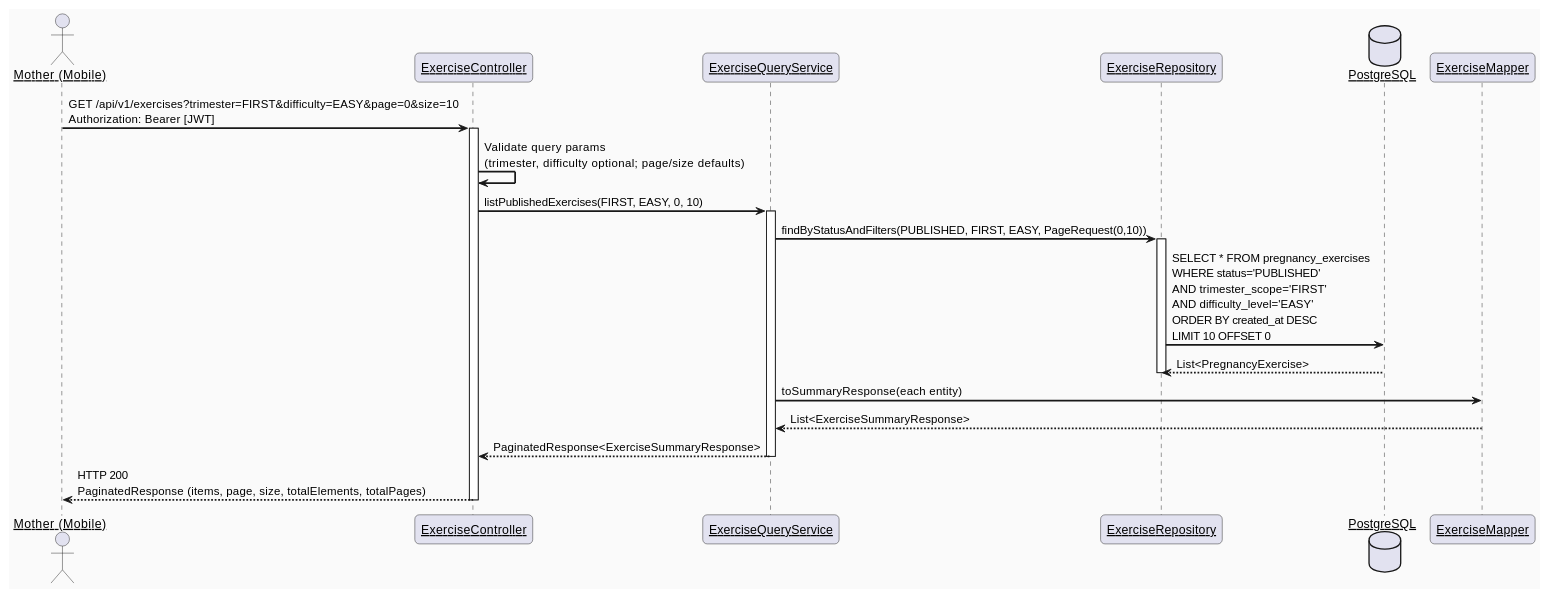
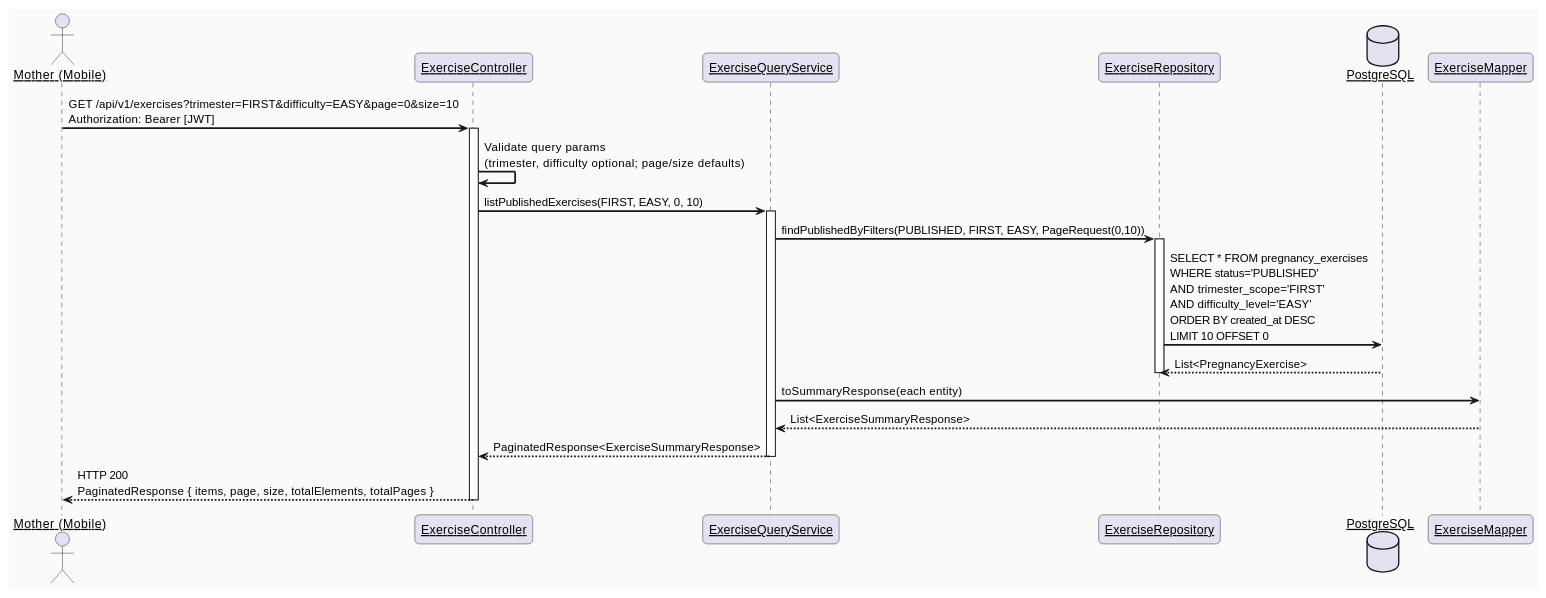
One commit to ChuongBDHE172784/CareBridge_SEP490_G79 changed the second of 4 diagrams in 04_Implement/UC29_ViewAndSelectPregnancyExercise/UC29_ViewAndSelectPregnancyExercise_TDS.md. Above: the diagram before and after it, drawn with PlantUML. The commit also changed other lines of this file and 375 other files, not shown here.

````diff
--- a/04_Implement/UC29_ViewAndSelectPregnancyExercise/UC29_ViewAndSelectPregnancyExercise_TDS.md
+++ b/04_Implement/UC29_ViewAndSelectPregnancyExercise/UC29_ViewAndSelectPregnancyExercise_TDS.md
@@ -390,39 +371,39 @@
 ```plantuml
 @startuml UC29_SequenceDiagram_ListExercises_HappyPath
 skinparam sequenceArrowThickness 2
 skinparam roundcorner 10
 skinparam sequenceParticipant underline
 skinparam backgroundColor #FAFAFA
 
 actor       "Mother (Mobile)"     as Client
 participant "ExerciseController"  as Controller
 participant "ExerciseQueryService" as Service
 participant "ExerciseRepository"  as Repository
 database    "PostgreSQL"          as DB
 participant "ExerciseMapper"      as Mapper
 
 Client -> Controller : GET /api/v1/exercises?trimester=FIRST&difficulty=EASY&page=0&size=10\nAuthorization: Bearer [JWT]
 activate Controller
 
 Controller -> Controller : Validate query params\n(trimester, difficulty optional; page/size defaults)
 Controller -> Service : listPublishedExercises(FIRST, EASY, 0, 10)
 activate Service
 
-Service -> Repository : findByStatusAndFilters(PUBLISHED, FIRST, EASY, PageRequest(0,10))
+Service -> Repository : findPublishedByFilters(PUBLISHED, FIRST, EASY, PageRequest(0,10))
 activate Repository
 
 Repository -> DB : SELECT * FROM pregnancy_exercises\nWHERE status='PUBLISHED'\nAND trimester_scope='FIRST'\nAND difficulty_level='EASY'\nORDER BY created_at DESC\nLIMIT 10 OFFSET 0
 DB --> Repository : List<PregnancyExercise>
 deactivate Repository
 
 Service -> Mapper : toSummaryResponse(each entity)
 Mapper --> Service : List<ExerciseSummaryResponse>
 
 Service --> Controller : PaginatedResponse<ExerciseSummaryResponse>
 deactivate Service
 
-Controller --> Client : HTTP 200\nPaginatedResponse (items, page, size, totalElements, totalPages)
+Controller --> Client : HTTP 200\nPaginatedResponse { items, page, size, totalElements, totalPages }
 deactivate Controller
 
 @enduml
 ```
````
